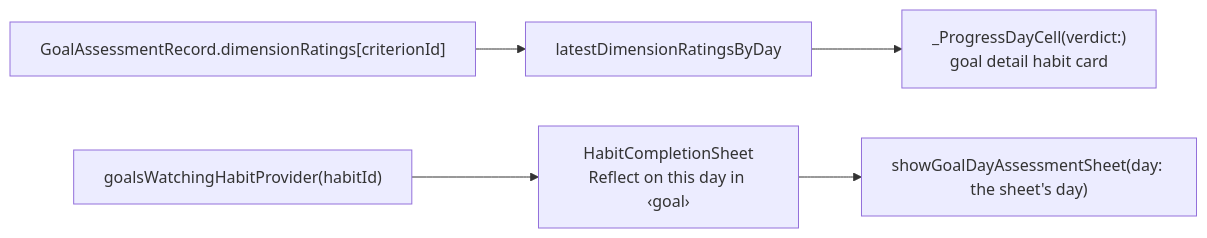
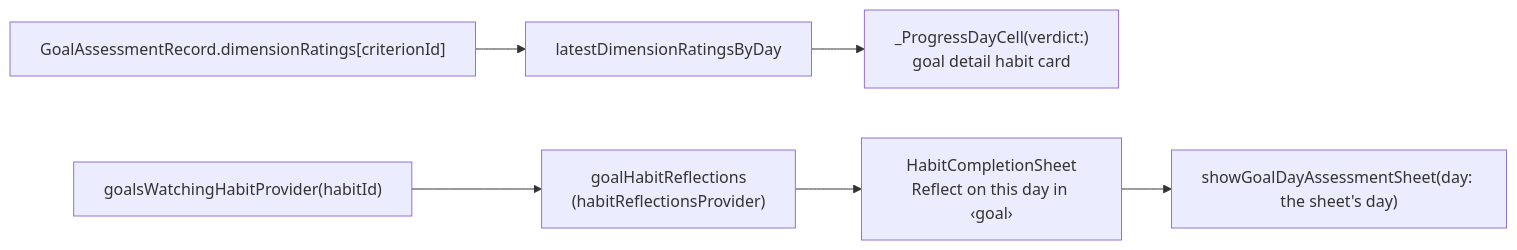
One commit to matthiasn/lotti changed the third of 3 diagrams in knowledge/architecture/day-indicators.md. Above: the diagram before and after it, drawn with Mermaid. The commit also changed other lines of this file and 17 other files, not shown here.

First line of the commit message:
refactor(architecture): Daily OS, habits and journal reach higher features through hooks, breaks 32 → 29

````diff
--- a/knowledge/architecture/day-indicators.md
+++ b/knowledge/architecture/day-indicators.md
@@ -197,7 +199,8 @@
 ```mermaid
 flowchart LR
   A["GoalAssessmentRecord.dimensionRatings[criterionId]"] --> D["latestDimensionRatingsByDay"]
   D --> P["_ProgressDayCell(verdict:)<br/>goal detail habit card"]
-  W["goalsWatchingHabitProvider(habitId)"] --> S["HabitCompletionSheet<br/>Reflect on this day in ‹goal›"]
+  W["goalsWatchingHabitProvider(habitId)"] --> G["goalHabitReflections<br/>(habitReflectionsProvider)"]
+  G --> S["HabitCompletionSheet<br/>Reflect on this day in ‹goal›"]
   S --> R["showGoalDayAssessmentSheet(day: the sheet's day)"]
 ```
````
